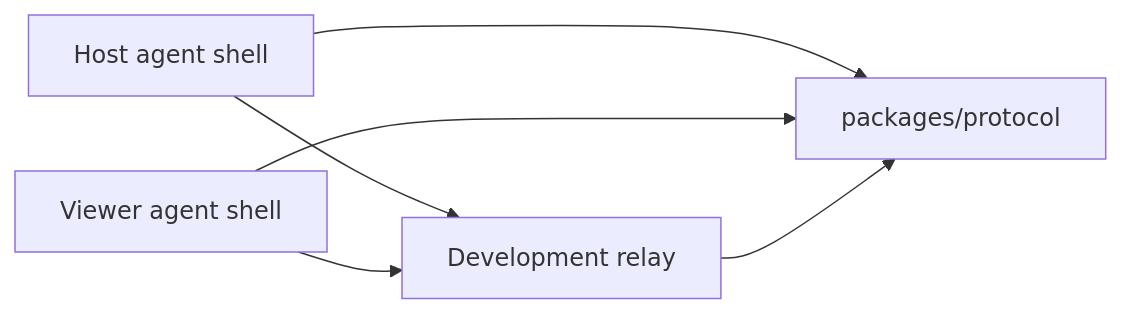
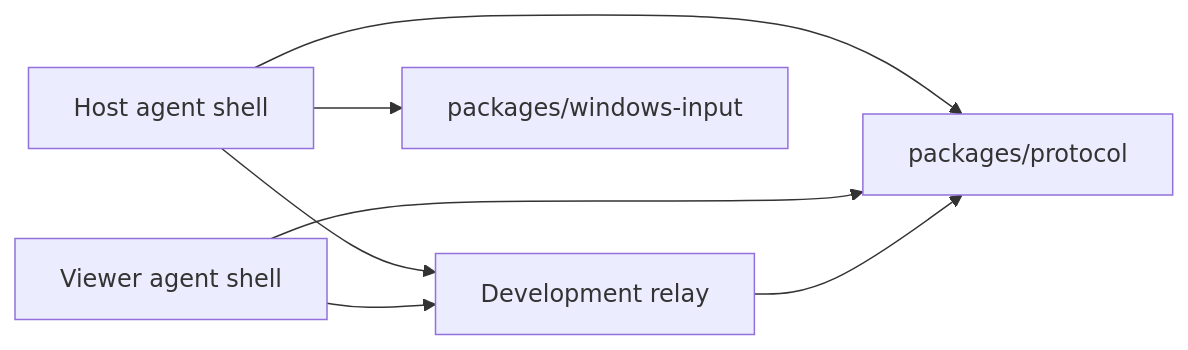
One commit to Quicklayn/winbridge changed the diagram in docs/architecture.md. Above: the diagram before and after it, drawn with Mermaid. The commit also changed other lines of this file and 318 other files, not shown here.

````diff
--- a/docs/architecture.md
+++ b/docs/architecture.md
@@ -5,8 +5,9 @@
 ```mermaid
 flowchart LR
   Host["Host agent shell"] --> Relay["Development relay"]
   Viewer["Viewer agent shell"] --> Relay
   Host --> Protocol["packages/protocol"]
   Viewer --> Protocol
+  Host --> WindowsInput["packages/windows-input"]
   Relay --> Protocol
 ```
````
